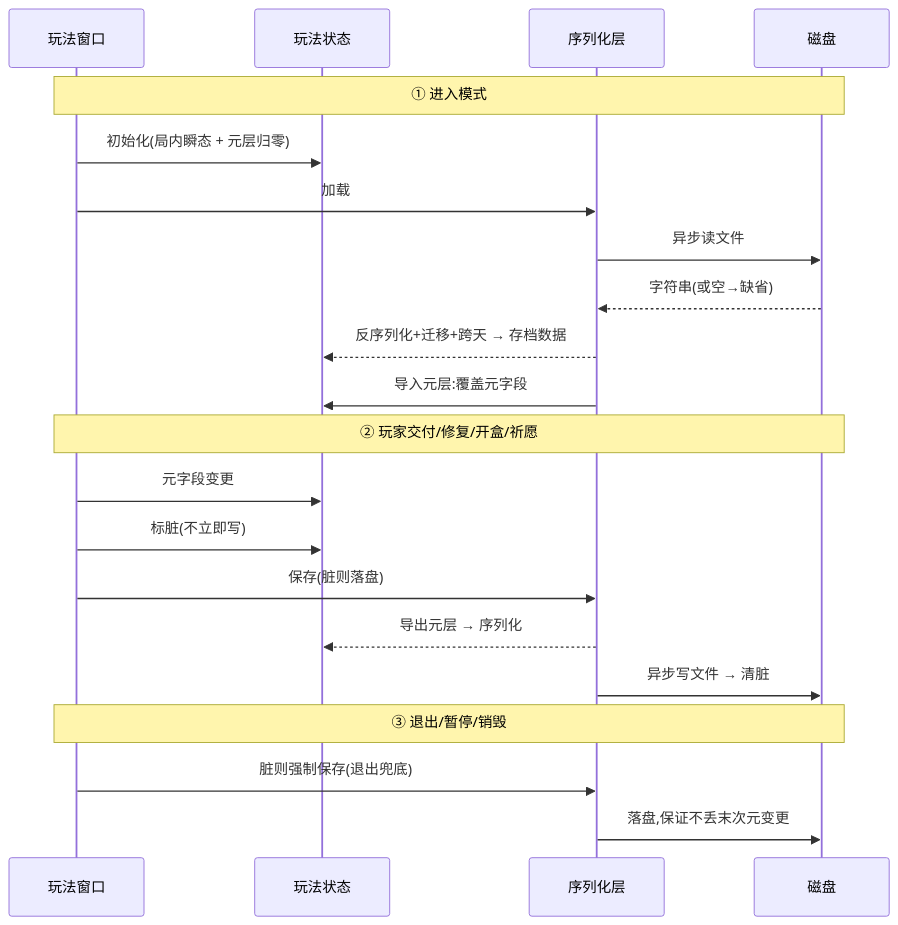
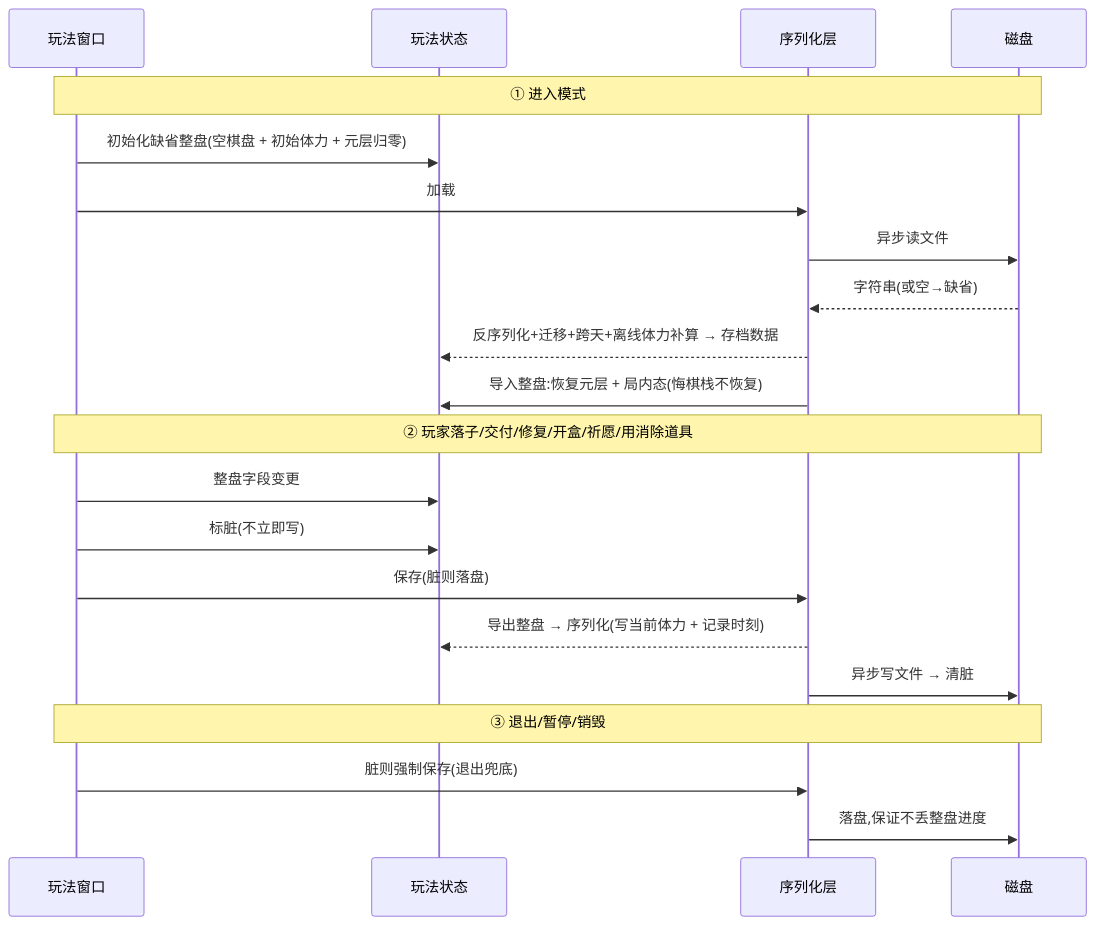
One commit to zhoupeng921101/TEngine_zp changed the second of 2 diagrams in UnityProject/design-docs/14-save-system.md. Above: the diagram before and after it, drawn with Mermaid. The commit also changed other lines of this file and 5 other files, not shown here.

````diff
--- a/UnityProject/design-docs/14-save-system.md
+++ b/UnityProject/design-docs/14-save-system.md
@@ -217,23 +242,23 @@
 ```mermaid
 sequenceDiagram
     participant W as 玩法窗口
     participant S as 玩法状态
     participant P as 序列化层
     participant D as 磁盘
     Note over W,D: ① 进入模式
-    W->>S: 初始化(局内瞬态 + 元层归零)
+    W->>S: 初始化缺省整盘(空棋盘 + 初始体力 + 元层归零)
     W->>P: 加载
     P->>D: 异步读文件
     D-->>P: 字符串(或空→缺省)
-    P-->>S: 反序列化+迁移+跨天 → 存档数据
-    P->>S: 导入元层:覆盖元字段
-    Note over W,D: ② 玩家交付/修复/开盒/祈愿
-    W->>S: 元字段变更
+    P-->>S: 反序列化+迁移+跨天+离线体力补算 → 存档数据
+    P->>S: 导入整盘:恢复元层 + 局内态(悔棋栈不恢复)
+    Note over W,D: ② 玩家落子/交付/修复/开盒/祈愿/用消除道具
+    W->>S: 整盘字段变更
     W->>S: 标脏(不立即写)
     W->>P: 保存(脏则落盘)
-    P-->>S: 导出元层 → 序列化
+    P-->>S: 导出整盘 → 序列化(写当前体力 + 记录时刻)
     P->>D: 异步写文件 → 清脏
     Note over W,D: ③ 退出/暂停/销毁
     W->>P: 脏则强制保存(退出兜底)
-    P->>D: 落盘,保证不丢末次元变更
+    P->>D: 落盘,保证不丢整盘进度
 ```
````
